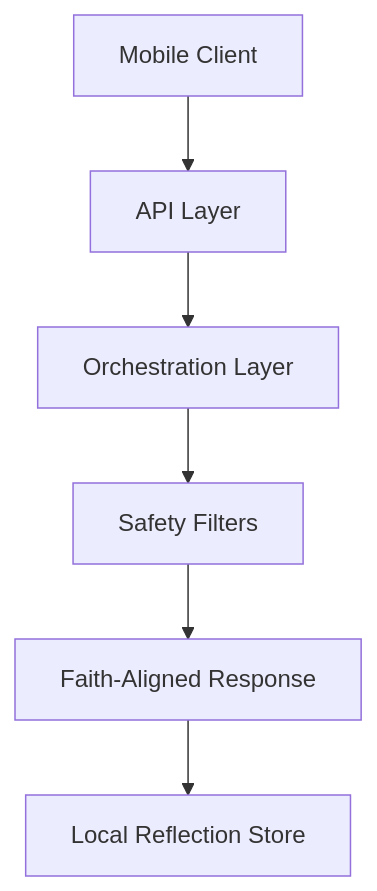
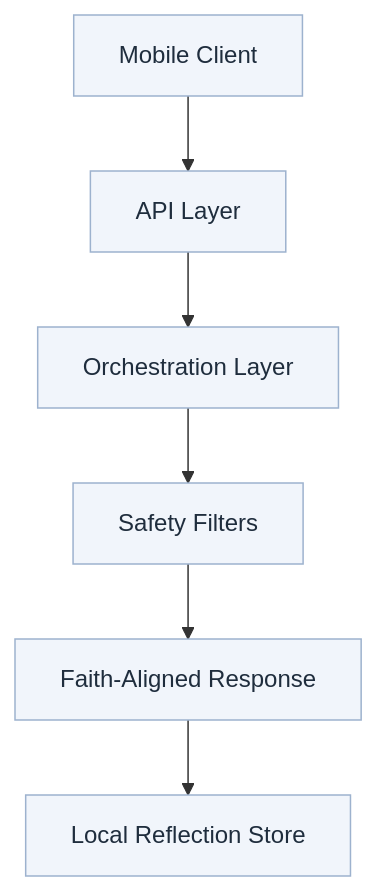
The third of 3 diagrams in README.md (byteworthy/Qamar), drawn with Mermaid before and after one commit. The commit also changed other lines of this file, not shown here.

Commit message:
docs: add logo and enhanced diagrams to README

````diff
--- a/README.md
+++ b/README.md
@@ -92,8 +116,11 @@
 ```mermaid
 flowchart TD
   A[Mobile Client] --> B[API Layer]
   B --> C[Orchestration Layer]
   C --> D[Safety Filters]
   D --> E[Faith-Aligned Response]
   E --> F[Local Reflection Store]
+
+  classDef core fill:#f1f5fb,stroke:#9db2ce,color:#1f2d3d;
+  class A,B,C,D,E,F core;
 ```
````
